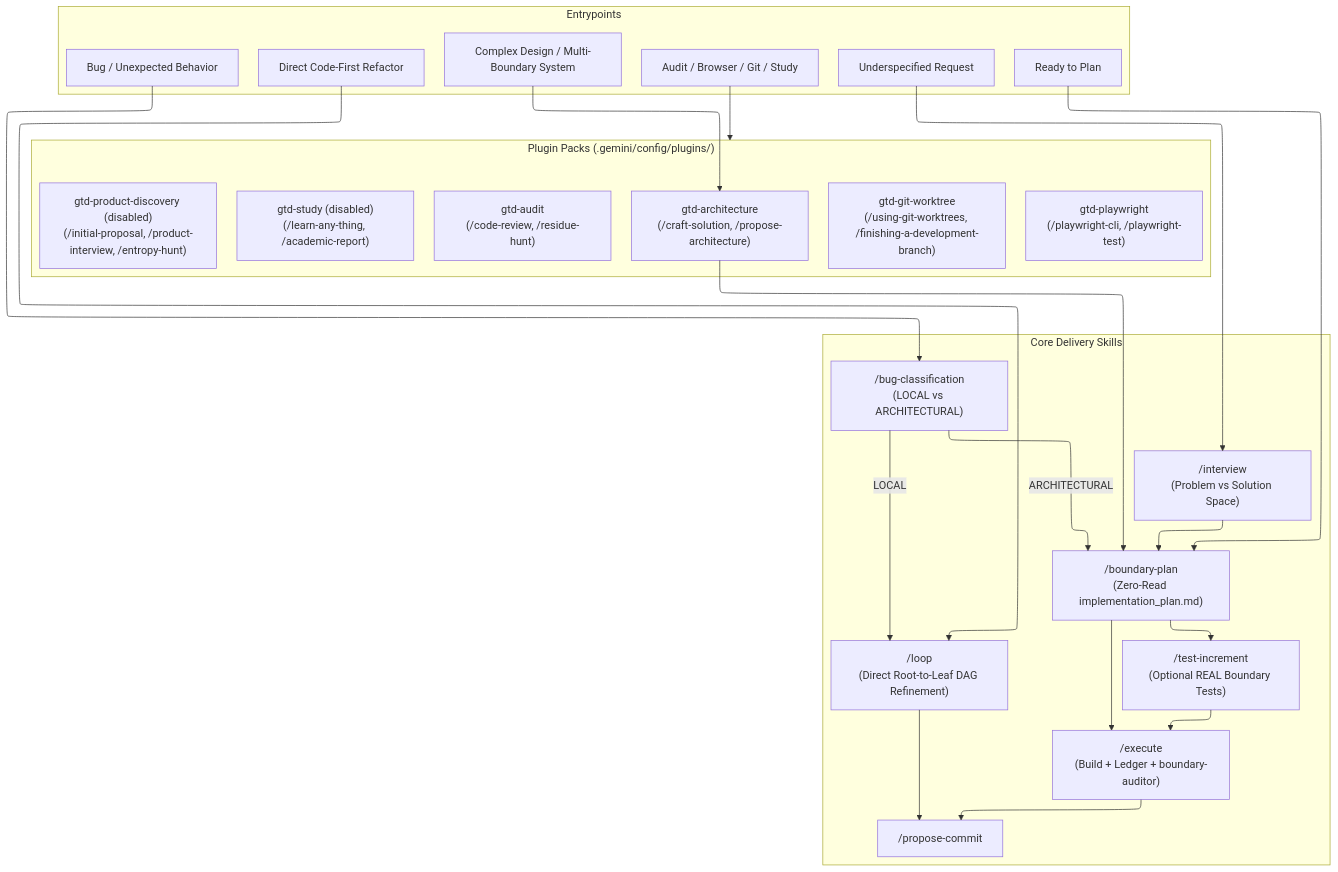
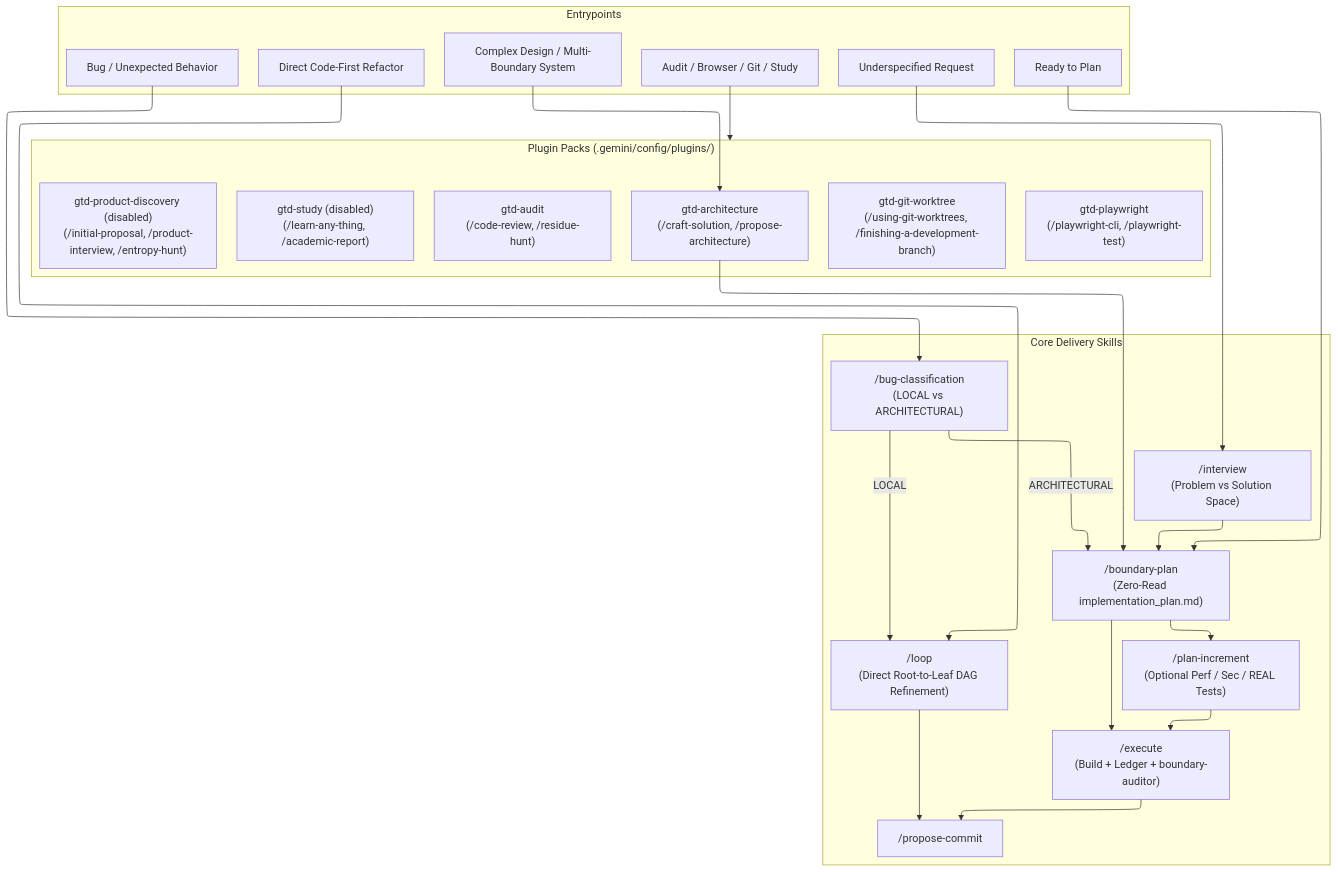
Before and after one commit to Hoang604/get-thing-done: the diagram in README.md, drawn with Mermaid. The commit also changed other lines of this file and 22 other files, not shown here.

Commit message:
feat(skills): replace test-increment with plan-increment and refine perf/security reviewers

````diff
--- a/README.md
+++ b/README.md
@@ -36,41 +36,41 @@
 ```mermaid
 %%{init: {"flowchart": {"defaultRenderer": "elk"}}}%%
 flowchart TD
     subgraph Entrypoints["Entrypoints"]
         E1["Bug / Unexpected Behavior"]
         E2["Underspecified Request"]
         E3["Complex Design / Multi-Boundary System"]
         E4["Ready to Plan"]
         E5["Direct Code-First Refactor"]
         E6["Audit / Browser / Git / Study"]
     end
 
     subgraph CoreFlow["Core Delivery Skills"]
         C1["/bug-classification<br/>(LOCAL vs ARCHITECTURAL)"]
         C2["/interview<br/>(Problem vs Solution Space)"]
         C3["/boundary-plan<br/>(Zero-Read implementation_plan.md)"]
-        C4["/test-increment<br/>(Optional REAL Boundary Tests)"]
+        C4["/plan-increment<br/>(Optional Perf / Sec / REAL Tests)"]
         C5["/execute<br/>(Build + Ledger + boundary-auditor)"]
         C6["/loop<br/>(Direct Root-to-Leaf DAG Refinement)"]
         C7["/propose-commit"]
     end
 
     subgraph Plugins["Plugin Packs (.gemini/config/plugins/)"]
         P_Arch["gtd-architecture<br/>(/craft-solution, /propose-architecture)"]
         P_Audit["gtd-audit<br/>(/code-review, /residue-hunt)"]
         P_Git["gtd-git-worktree<br/>(/using-git-worktrees, /finishing-a-development-branch)"]
         P_PW["gtd-playwright<br/>(/playwright-cli, /playwright-test)"]
         P_Disc["gtd-product-discovery (disabled)<br/>(/initial-proposal, /product-interview, /entropy-hunt)"]
         P_Study["gtd-study (disabled)<br/>(/learn-any-thing, /academic-report)"]
     end
 
     E1 --> C1
     C1 -->|LOCAL| C6
     C1 -->|ARCHITECTURAL| C3
     E2 --> C2 --> C3
     E3 --> P_Arch --> C3
     E4 --> C3 --> C4 --> C5 --> C7
     C3 --> C5
     E5 --> C6 --> C7
     E6 --> Plugins
 ```
````
